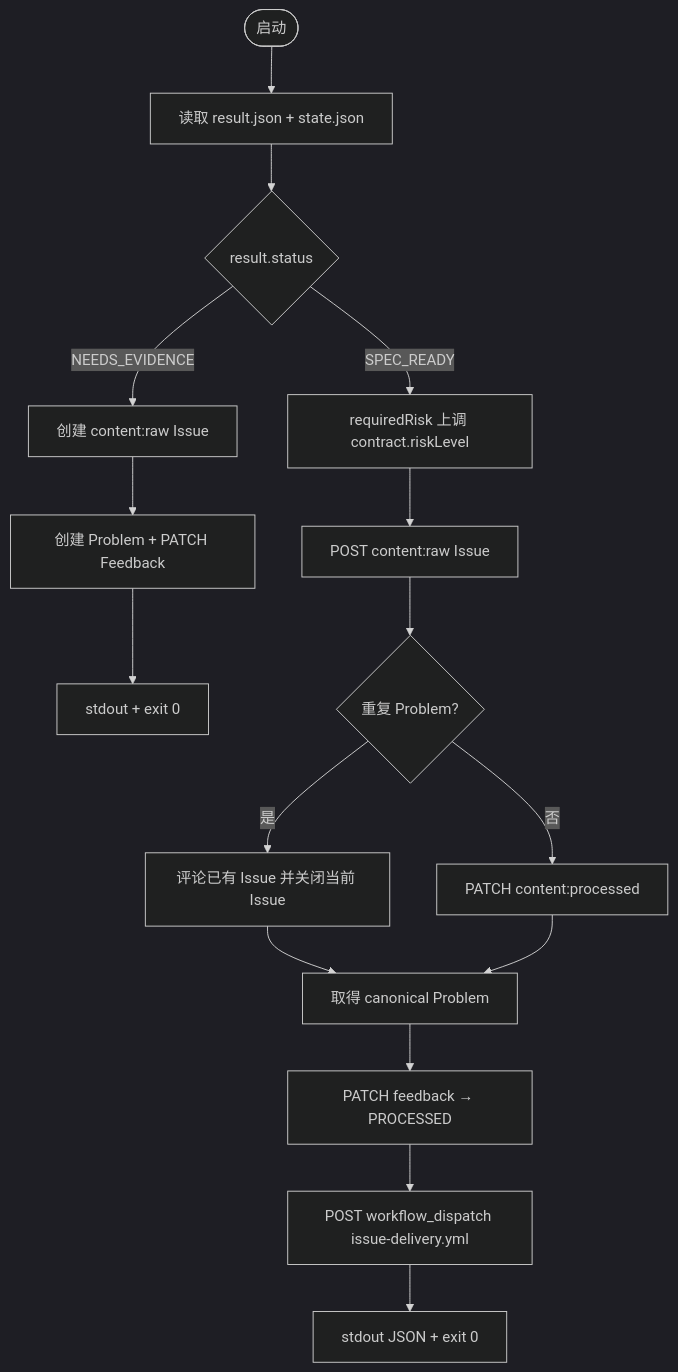
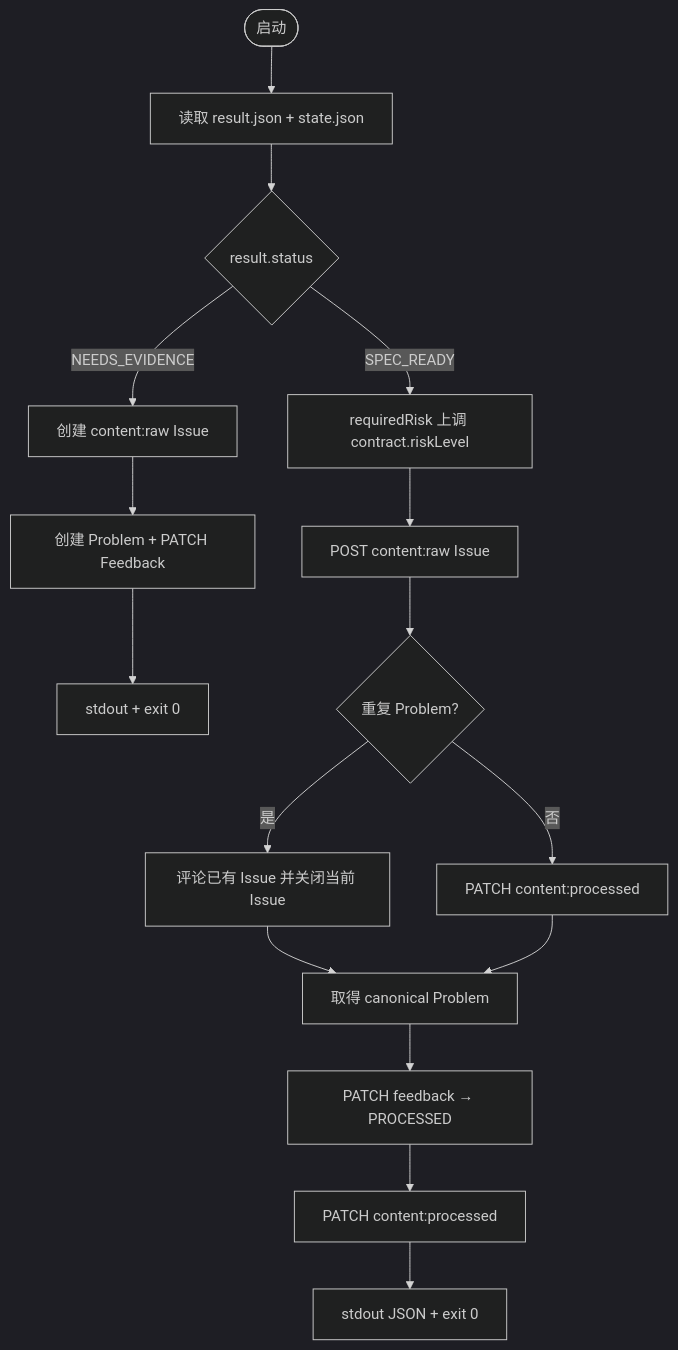
One commit to liuzhuang/signalpatch changed the third of 5 diagrams in .github/workflows/feedback-intake.yml.md. Above: the diagram before and after it, drawn with Mermaid (dark theme). The commit also changed other lines of this file and 17 other files, not shown here.

First line of the commit message:
feat(delivery): 用 content:processed 标签事件启动 Issue Delivery

````diff
--- a/.github/workflows/feedback-intake.yml.md
+++ b/.github/workflows/feedback-intake.yml.md
@@ -342,18 +342,18 @@
 ```mermaid
 flowchart TD
   start([启动]) --> read[读取 result.json + state.json]
   read --> branch{result.status}
   branch -->|NEEDS_EVIDENCE| raw[创建 content:raw Issue]
   raw --> ne[创建 Problem + PATCH Feedback]
   ne --> neExit[stdout + exit 0]
   branch -->|SPEC_READY| risk[requiredRisk 上调 contract.riskLevel]
   risk --> issue[POST content:raw Issue]
   issue --> duplicate{重复 Problem?}
   duplicate -->|是| close[评论已有 Issue 并关闭当前 Issue]
   duplicate -->|否| promote[PATCH content:processed]
   close --> problem[取得 canonical Problem]
   promote --> problem
   problem --> fb[PATCH feedback → PROCESSED]
-  fb --> dispatch[POST workflow_dispatch issue-delivery.yml]
-  dispatch --> okOut[stdout JSON + exit 0]
+  fb --> processed[PATCH content:processed]
+  processed --> okOut[stdout JSON + exit 0]
 ```
````
